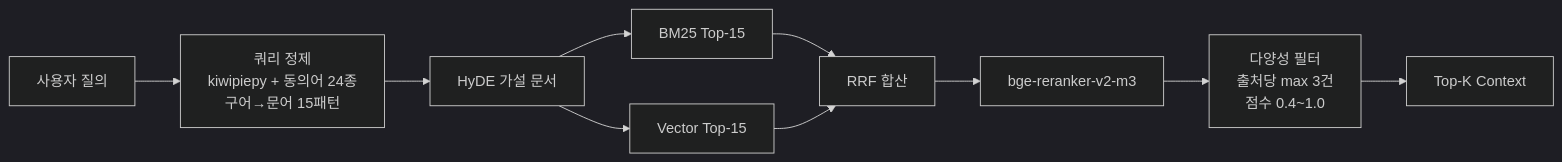
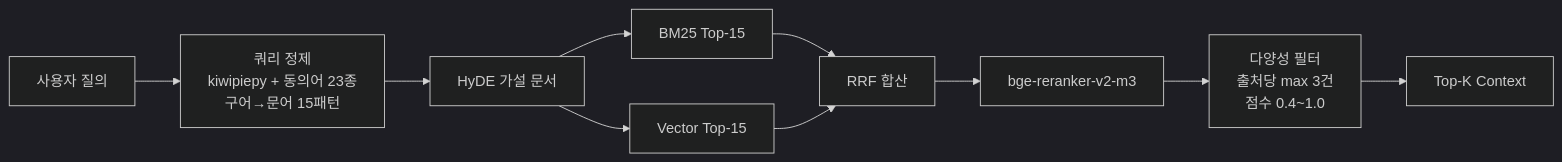
One commit to SKNETWORKS-FAMILY-AICAMP/SKN21-FINAL-3TEAM changed the sixth of 6 diagrams in README_FINAL.md. Above: the diagram before and after it, drawn with Mermaid (dark theme). The commit also changed other lines of this file, not shown here.

````diff
--- a/README_FINAL.md
+++ b/README_FINAL.md
@@ -434,12 +509,12 @@
 ```mermaid
 flowchart LR
-    Q[사용자 질의] --> Refine[쿼리 정제<br/>kiwipiepy + 동의어 24종<br/>구어→문어 15패턴]
+    Q[사용자 질의] --> Refine[쿼리 정제<br/>kiwipiepy + 동의어 23종<br/>구어→문어 15패턴]
     Refine --> HyDE[HyDE 가설 문서]
     HyDE --> BM25[BM25 Top-15]
     HyDE --> Vec[Vector Top-15]
     BM25 --> RRF[RRF 합산]
     Vec --> RRF
     RRF --> Rerank[bge-reranker-v2-m3]
     Rerank --> Filter[다양성 필터<br/>출처당 max 3건<br/>점수 0.4~1.0]
     Filter --> Context[Top-K Context]
 ```
````
